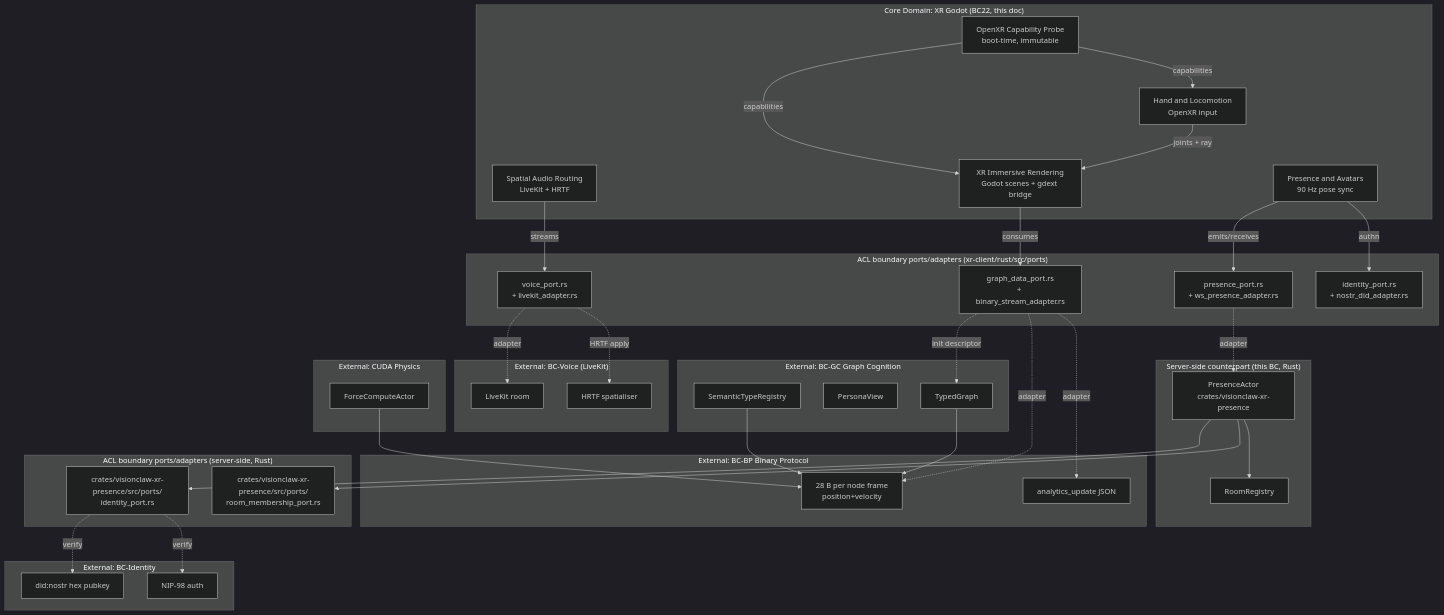
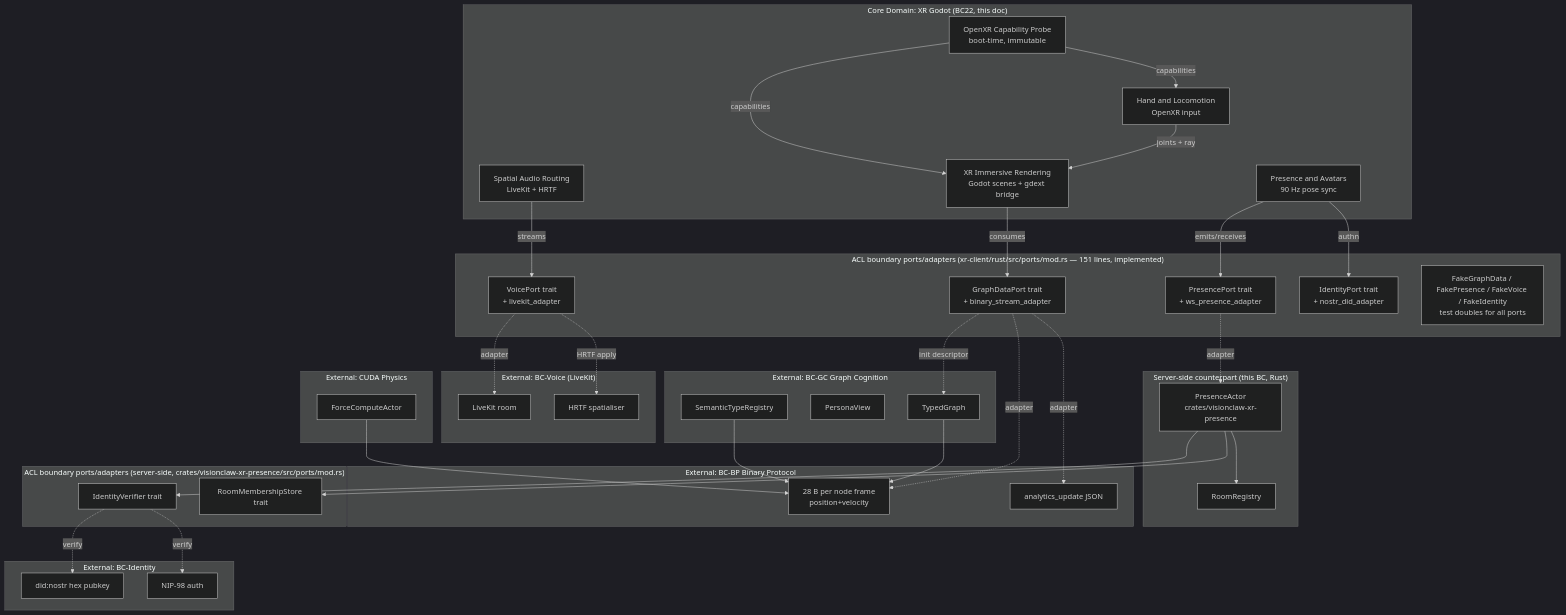
Before and after one commit to shaneholloman/logseq-spring-thing: the diagram in docs/ddd-xr-godot-context.md, drawn with Mermaid (dark theme). The commit also changed other lines of this file and 29 other files, not shown here.

````diff
--- a/docs/ddd-xr-godot-context.md
+++ b/docs/ddd-xr-godot-context.md
@@ -16,76 +16,77 @@
 ```mermaid
 graph TB
     subgraph "Core Domain: XR Godot (BC22, this doc)"
         XRR[XR Immersive Rendering<br/>Godot scenes + gdext bridge]
         PRES[Presence and Avatars<br/>90 Hz pose sync]
         OXRP[OpenXR Capability Probe<br/>boot-time, immutable]
         SAR[Spatial Audio Routing<br/>LiveKit + HRTF]
         IH[Hand and Locomotion<br/>OpenXR input]
     end
 
     subgraph "Server-side counterpart (this BC, Rust)"
         PRESACTOR[PresenceActor<br/>crates/visionclaw-xr-presence]
         ROOMREG[RoomRegistry]
     end
 
     subgraph "External: BC-BP Binary Protocol"
         WIRE28[28 B per node frame<br/>position+velocity]
         ANS[analytics_update JSON]
     end
 
     subgraph "External: BC-GC Graph Cognition"
         TG[TypedGraph]
         PV[PersonaView]
         SR[SemanticTypeRegistry]
     end
 
     subgraph "External: BC-Identity"
         DID[did:nostr hex pubkey]
         NIP98[NIP-98 auth]
     end
 
     subgraph "External: BC-Voice (LiveKit)"
         LK[LiveKit room]
         HRTF[HRTF spatialiser]
     end
 
     subgraph "External: CUDA Physics"
         FCA[ForceComputeActor]
     end
 
-    subgraph "ACL boundary ports/adapters (xr-client/rust/src/ports)"
-        GDP[graph_data_port.rs<br/>+ binary_stream_adapter.rs]
-        PP[presence_port.rs<br/>+ ws_presence_adapter.rs]
-        VP[voice_port.rs<br/>+ livekit_adapter.rs]
-        IDP[identity_port.rs<br/>+ nostr_did_adapter.rs]
+    subgraph "ACL boundary ports/adapters (xr-client/rust/src/ports/mod.rs — 151 lines, implemented)"
+        GDP[GraphDataPort trait<br/>+ binary_stream_adapter]
+        PP[PresencePort trait<br/>+ ws_presence_adapter]
+        VP[VoicePort trait<br/>+ livekit_adapter]
+        IDP[IdentityPort trait<br/>+ nostr_did_adapter]
+        FAKES[FakeGraphData / FakePresence / FakeVoice / FakeIdentity<br/>test doubles for all ports]
     end
 
-    subgraph "ACL boundary ports/adapters (server-side, Rust)"
-        SIDP[crates/visionclaw-xr-presence/src/ports/<br/>identity_port.rs]
-        SROOMP[crates/visionclaw-xr-presence/src/ports/<br/>room_membership_port.rs]
+    subgraph "ACL boundary ports/adapters (server-side, crates/visionclaw-xr-presence/src/ports/mod.rs)"
+        SIDP[IdentityVerifier trait]
+        SROOMP[RoomMembershipStore trait]
     end
 
     XRR -->|consumes| GDP
     PRES -->|emits/receives| PP
     SAR -->|streams| VP
     PRES -->|authn| IDP
     IH -->|joints + ray| XRR
     OXRP -->|capabilities| XRR
     OXRP -->|capabilities| IH
 
     GDP -.->|adapter| WIRE28
     GDP -.->|adapter| ANS
     GDP -.->|init descriptor| TG
     PP -.->|adapter| PRESACTOR
     PRESACTOR --> ROOMREG
     PRESACTOR --> SIDP
     PRESACTOR --> SROOMP
     SIDP -.->|verify| DID
     SIDP -.->|verify| NIP98
     VP -.->|adapter| LK
     VP -.->|HRTF apply| HRTF
 
     TG --> WIRE28
     SR --> WIRE28
     FCA --> WIRE28
 ```
````
